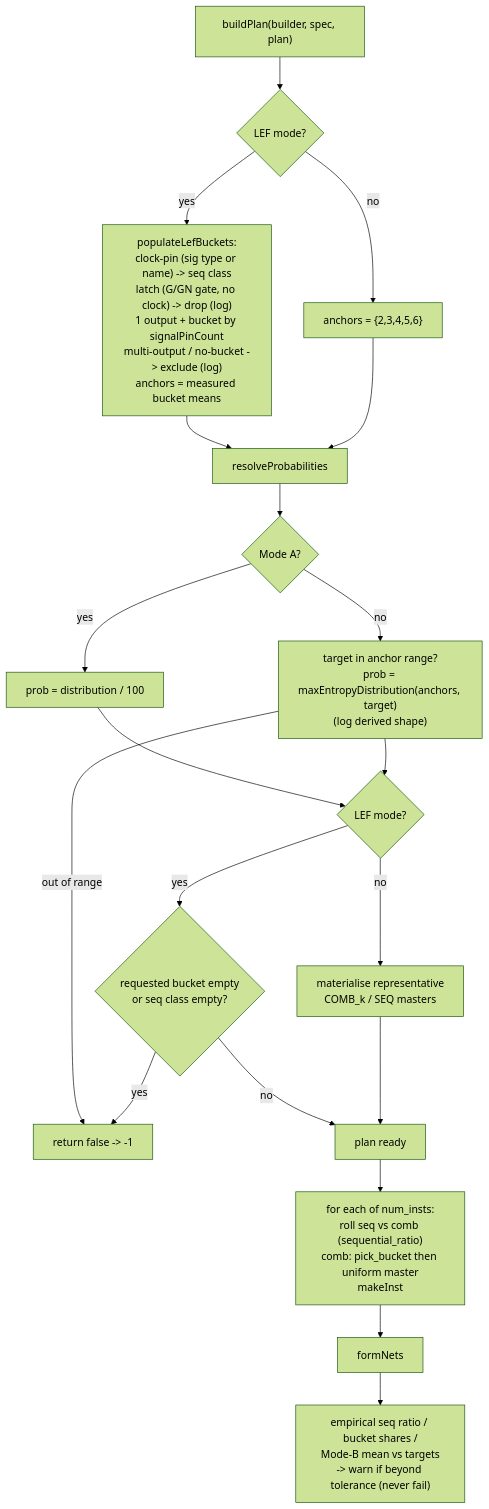
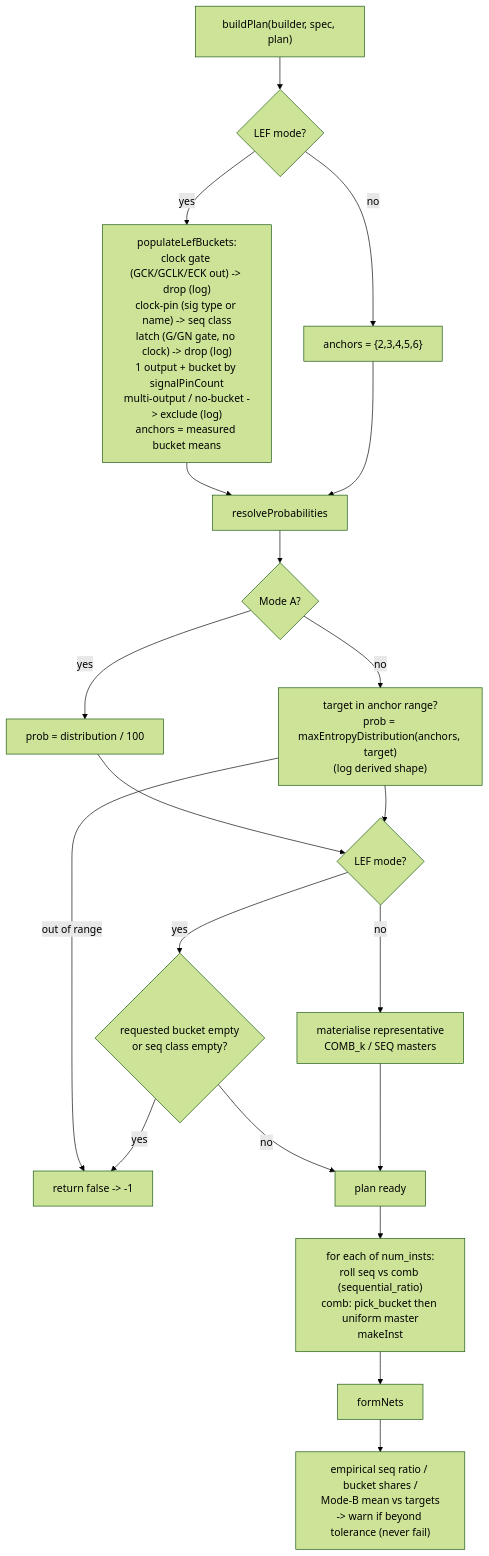
Before and after one commit to rfive88/eda-lab: the fifth of 11 diagrams in src/engines/netlistgen/FLOW.md, drawn with Mermaid (forest theme). The commit also changed other lines of this file and 4 other files, not shown here.

First line of the commit message:
netlistgen: drop clock-gating cells too in LEF mode

````diff
--- a/src/engines/netlistgen/FLOW.md
+++ b/src/engines/netlistgen/FLOW.md
@@ -149,23 +153,23 @@
 ```mermaid
 graph TD
   bp["buildPlan(builder, spec, plan)"] --> lm{"LEF mode?"}
-  lm -->|yes| pop["populateLefBuckets:<br/>clock-pin (sig type or name) -> seq class<br/>latch (G/GN gate, no clock) -> drop (log)<br/>1 output + bucket by signalPinCount<br/>multi-output / no-bucket -> exclude (log)<br/>anchors = measured bucket means"]
+  lm -->|yes| pop["populateLefBuckets:<br/>clock gate (GCK/GCLK/ECK out) -> drop (log)<br/>clock-pin (sig type or name) -> seq class<br/>latch (G/GN gate, no clock) -> drop (log)<br/>1 output + bucket by signalPinCount<br/>multi-output / no-bucket -> exclude (log)<br/>anchors = measured bucket means"]
   lm -->|no| anc["anchors = {2,3,4,5,6}"]
   pop --> rp
   anc --> rp["resolveProbabilities"]
   rp --> modeA{"Mode A?"}
   modeA -->|yes| dist["prob = distribution / 100"]
   modeA -->|no| maxe["target in anchor range?<br/>prob = maxEntropyDistribution(anchors, target)<br/>(log derived shape)"]
   maxe -->|out of range| r2["return false -> -1"]
   dist --> chk
   maxe --> chk{"LEF mode?"}
   chk -->|yes| empty{"requested bucket empty<br/>or seq class empty?"}
   empty -->|yes| r2
   empty -->|no| okplan
   chk -->|no| reps["materialise representative<br/>COMB_k / SEQ masters"]
   reps --> okplan[plan ready]
 
   okplan --> gen["for each of num_insts:<br/>roll seq vs comb (sequential_ratio)<br/>comb: pick_bucket then uniform master<br/>makeInst"]
   gen --> fn2["formNets"]
   fn2 --> tol["empirical seq ratio / bucket shares /<br/>Mode-B mean vs targets<br/>-> warn if beyond tolerance (never fail)"]
 ```
````
